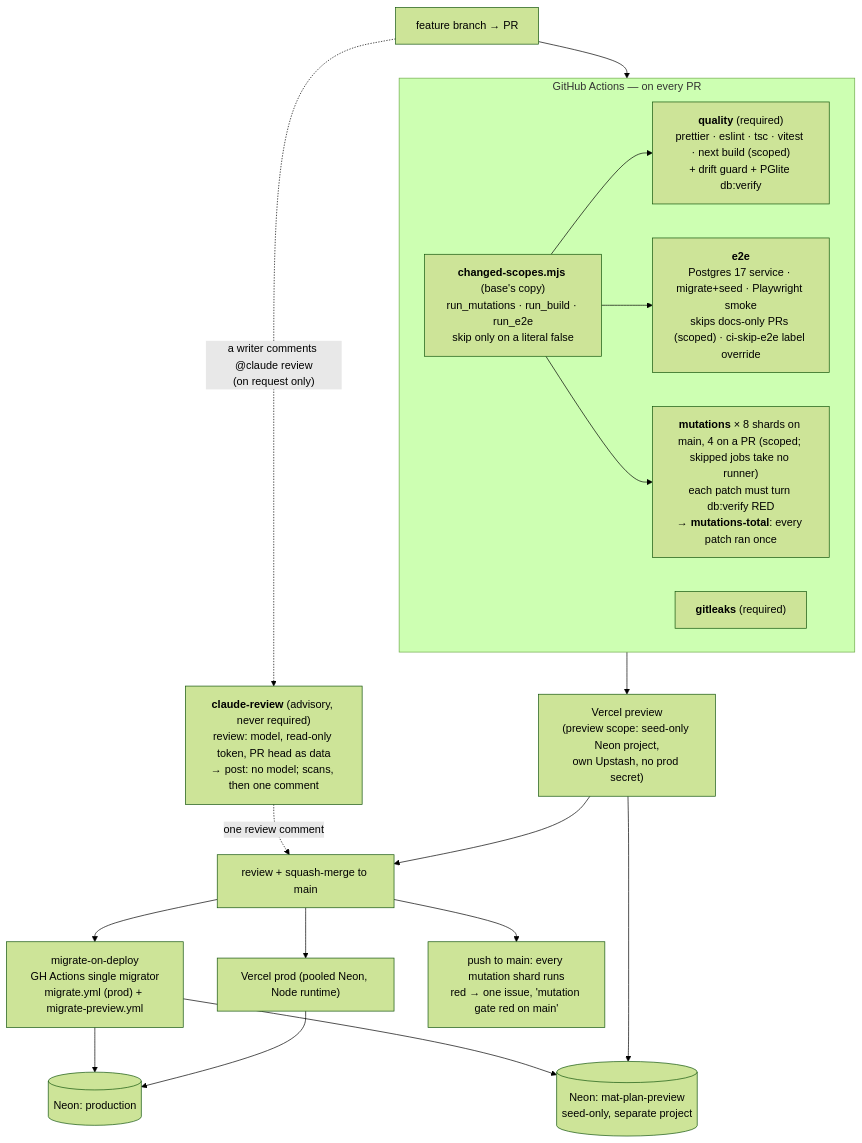
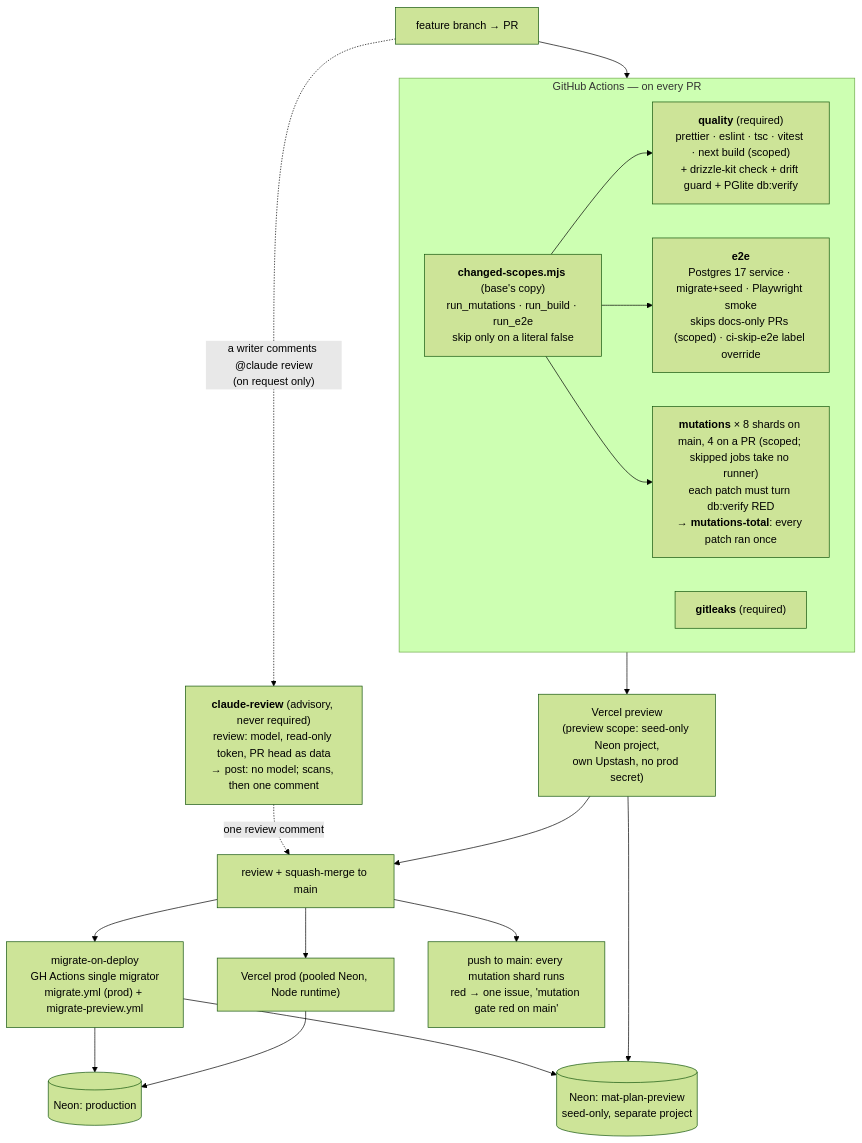
Diagram 17 of 21 in docs/architecture.md (ralamode/mat-plan), drawn with Mermaid (forest theme) before and after one commit. The commit also changed 7 other files, not shown here.

First line of the commit message:
ci(db): ci and pnpm verify run drizzle-kit check for migration snapshot parent collisions (#711)

````diff
--- a/docs/architecture.md
+++ b/docs/architecture.md
@@ -844,25 +844,25 @@
 ```mermaid
 flowchart TB
   DEV["feature branch → PR"] --> CI
   subgraph CI["GitHub Actions — on every PR"]
     S["<b>changed-scopes.mjs</b> (base's copy)<br/>run_mutations · run_build · run_e2e<br/>skip only on a literal false"]
-    Q["<b>quality</b> (required)<br/>prettier · eslint · tsc · vitest · next build (scoped)<br/>+ drift guard + PGlite db:verify"]
+    Q["<b>quality</b> (required)<br/>prettier · eslint · tsc · vitest · next build (scoped)<br/>+ drizzle-kit check + drift guard + PGlite db:verify"]
     E["<b>e2e</b><br/>Postgres 17 service · migrate+seed · Playwright smoke<br/>skips docs-only PRs (scoped) · ci-skip-e2e label override"]
     M["<b>mutations</b> × 8 shards on main, 4 on a PR (scoped; skipped jobs take no runner)<br/>each patch must turn db:verify RED<br/>→ <b>mutations-total</b>: every patch ran once"]
     S --> Q
     S --> E
     S --> M
     G["<b>gitleaks</b> (required)"]
   end
   CI --> PREV["Vercel preview<br/>(preview scope: seed-only Neon project,<br/>own Upstash, no prod secret)"]
   DEV -. "a writer comments @claude review<br/>(on request only)" .-> CR["<b>claude-review</b> (advisory, never required)<br/>review: model, read-only token, PR head as data<br/>→ post: no model; scans, then one comment"]
   CR -. "one review comment" .-> REV
   PREV --> REV["review + squash-merge to main"]
   REV --> MIG["migrate-on-deploy<br/>GH Actions single migrator<br/>migrate.yml (prod) + migrate-preview.yml"]
   REV --> PROD["Vercel prod (pooled Neon, Node runtime)"]
   REV --> MAIN["push to main: every mutation shard runs<br/>red → one issue, 'mutation gate red on main'"]
   MIG --> NEON[("Neon: production")]
   MIG --> NEONP[("Neon: mat-plan-preview<br/>seed-only, separate project")]
   PROD --> NEON
   PREV --> NEONP
 ```
````
